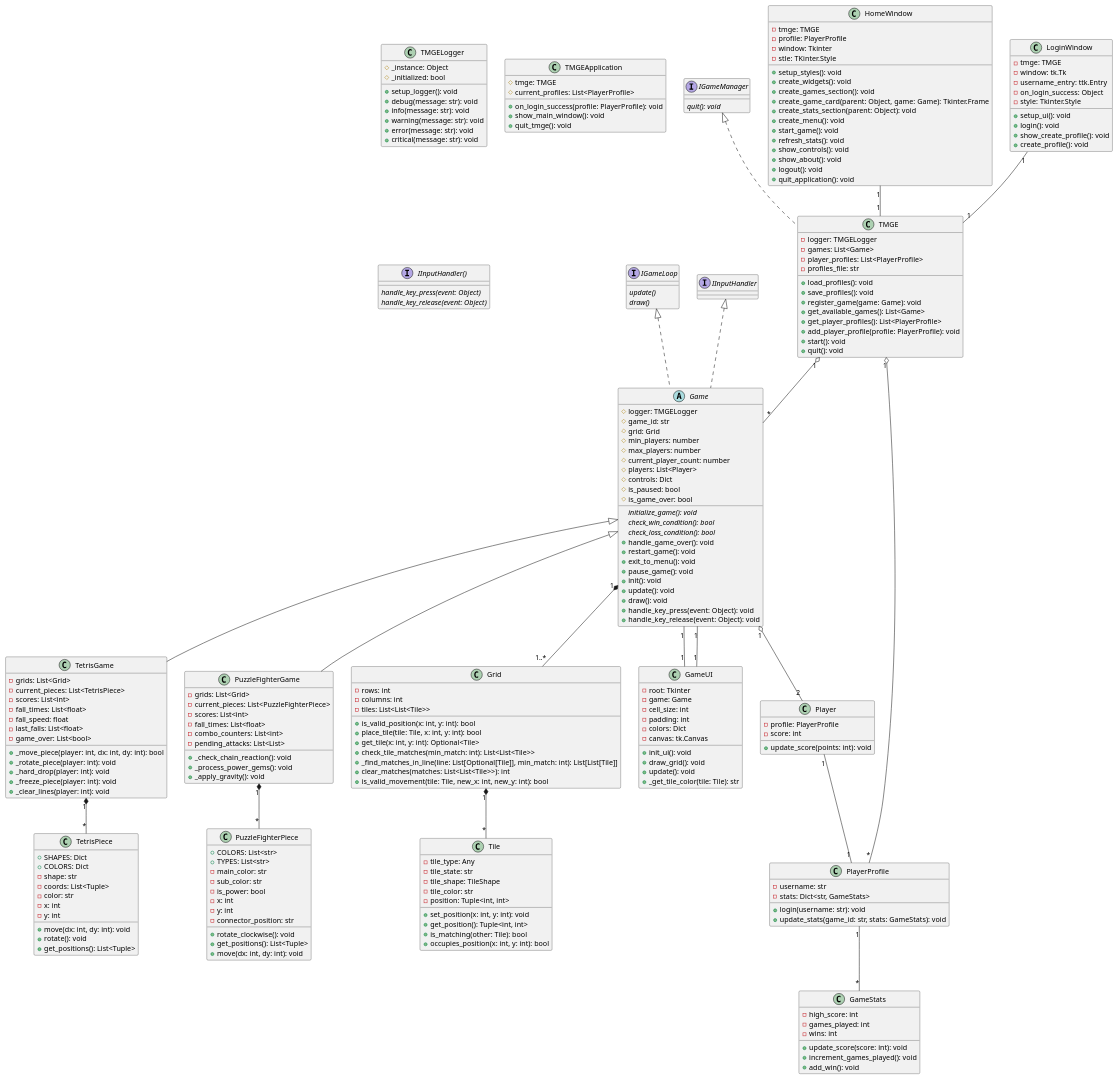
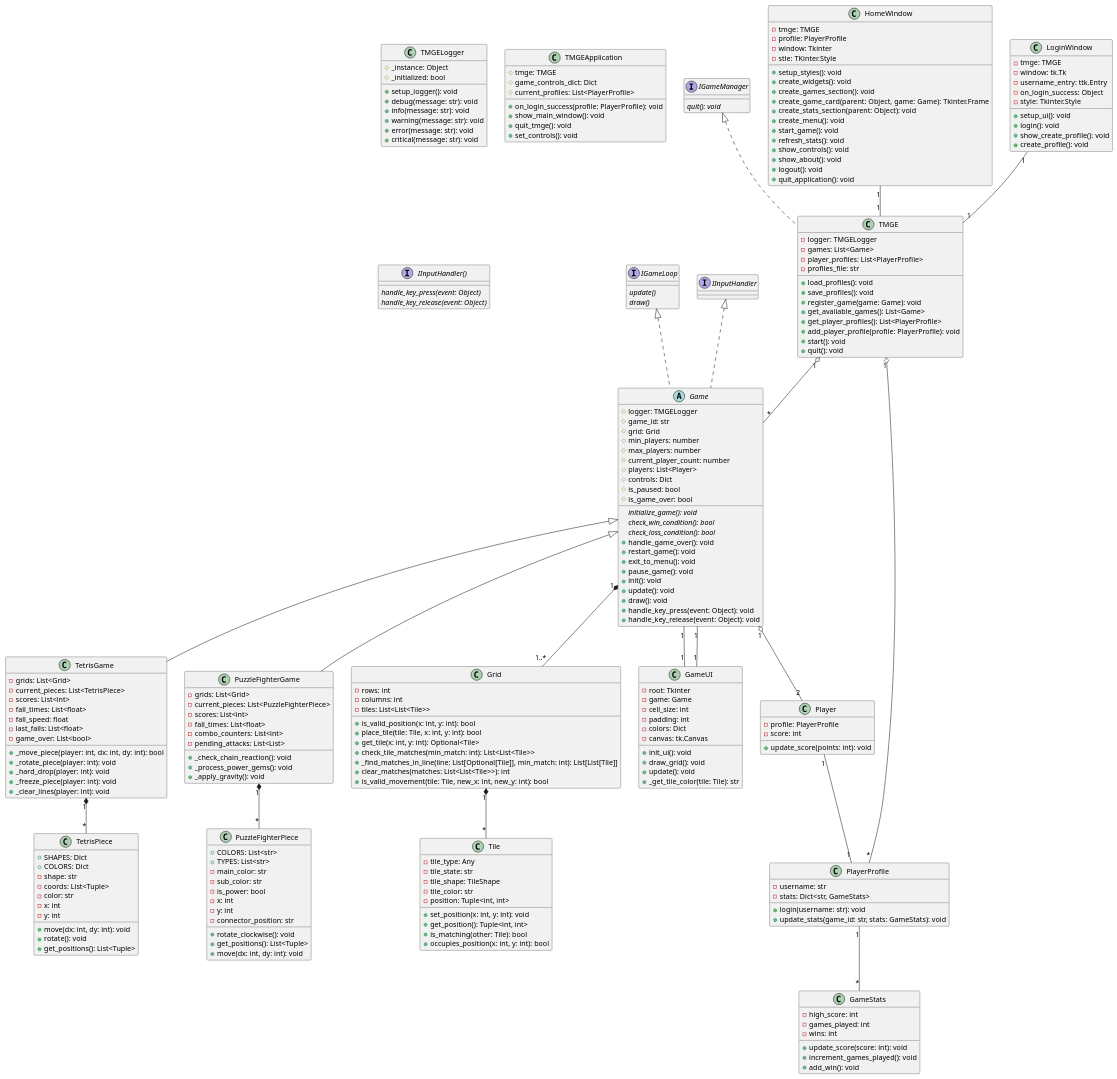
Before and after one commit to mcdipples/2d-Tile-GameDev-Ennvironment: the diagram in uml-final.puml, drawn with PlantUML. The commit also changed 4 other files, not shown here.

Commit message:
Set controls for games in the game constructor instead of in individual games

```diff
--- a/uml-final.puml
+++ b/uml-final.puml
@@ -28,10 +28,12 @@
 
 class TMGEApplication {
     #tmge: TMGE
+    #game_controls_dict: Dict
     #current_profiles: List<PlayerProfile>
     +on_login_success(profile: PlayerProfile): void
     +show_main_window(): void
     +quit_tmge(): void
+    +set_controls(): void
 }
 
 ' --- Games ---
```
